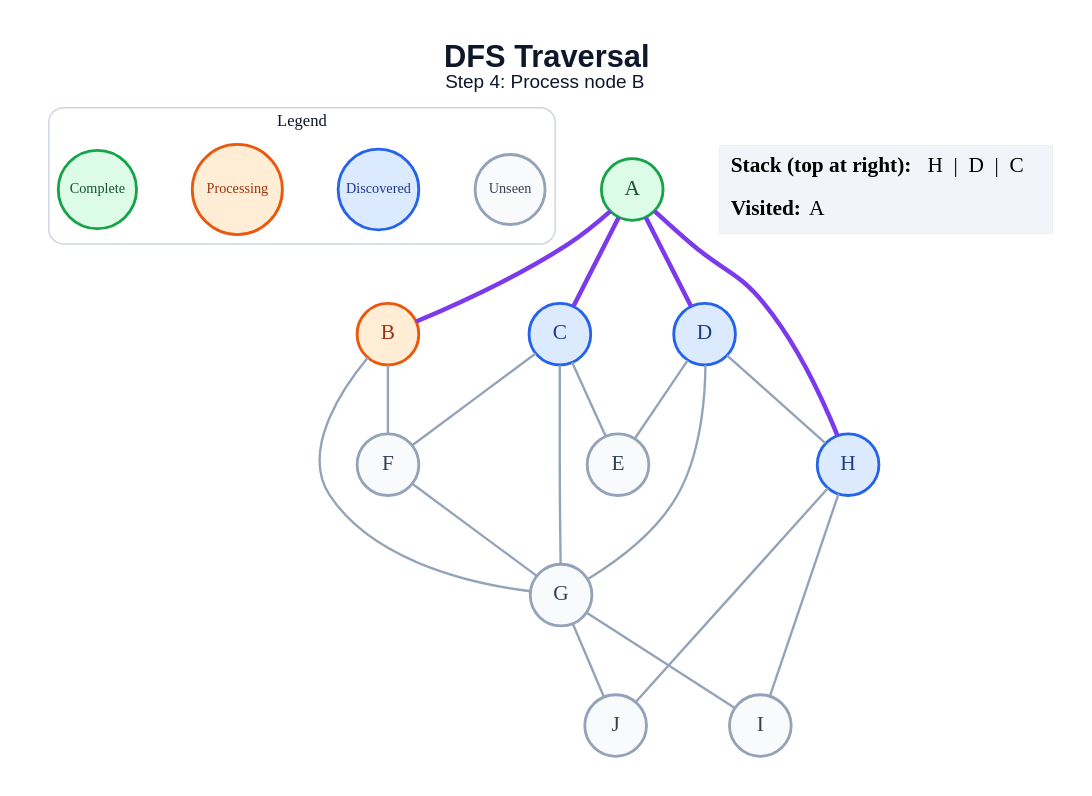
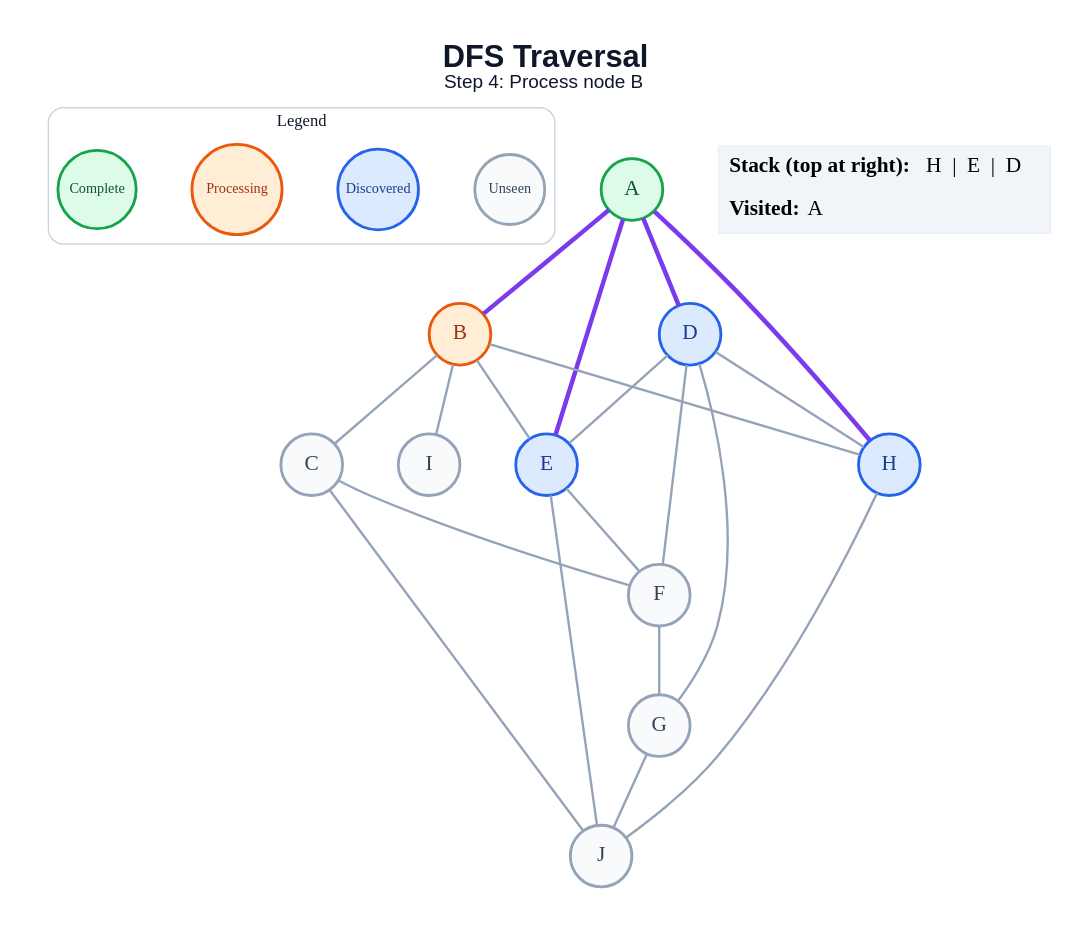
The diagram in generated/dfs/step_04.dot (amanghodawala9/ai-slop), drawn with Graphviz before and after one commit. The commit also changed 178 other files, not shown here.

```diff
--- a/generated/dfs/step_04.dot
+++ b/generated/dfs/step_04.dot
@@ -1,46 +1,48 @@
 graph traversal {
   graph [layout=dot, rankdir=TB, bgcolor="#FFFFFF", pad="0.35", nodesep="0.65", ranksep="0.8", fontname="Arial"];
   node [shape=circle, style="filled", fontname="Arial Bold", fontsize=18, width=0.72, fixedsize=true, penwidth=2.4];
   edge [color="#94A3B8", penwidth=2.0];
   label=<<B>DFS Traversal</B><BR/><FONT POINT-SIZE="16">Step 4: Process node B</FONT>>; labelloc="t"; fontsize=26; fontname="Arial"; fontcolor="#0F172A";
   subgraph cluster_legend { label="Legend"; color="#CBD5E1"; penwidth=1.2; style="rounded"; fontsize=14; fontname="Arial Bold";
     key_unseen [label="Unseen", fillcolor="#F8FAFC", color="#94A3B8", fontcolor="#334155", fontsize=12, width=0.82];
     key_frontier [label="Discovered", fillcolor="#DBEAFE", color="#2563EB", fontcolor="#1E3A8A", fontsize=12, width=0.95];
     key_current [label="Processing", fillcolor="#FFEDD5", color="#EA580C", fontcolor="#9A3412", fontsize=12, width=1.05];
     key_done [label="Complete", fillcolor="#DCFCE7", color="#16A34A", fontcolor="#14532D", fontsize=12, width=0.92];
     { rank=same; key_unseen; key_frontier; key_current; key_done; }
   }
   A [fillcolor="#DCFCE7", color="#16A34A", fontcolor="#14532D"];
   B [fillcolor="#FFEDD5", color="#EA580C", fontcolor="#9A3412"];
-  C [fillcolor="#DBEAFE", color="#2563EB", fontcolor="#1E3A8A"];
+  C [fillcolor="#F8FAFC", color="#94A3B8", fontcolor="#334155"];
   D [fillcolor="#DBEAFE", color="#2563EB", fontcolor="#1E3A8A"];
-  E [fillcolor="#F8FAFC", color="#94A3B8", fontcolor="#334155"];
+  E [fillcolor="#DBEAFE", color="#2563EB", fontcolor="#1E3A8A"];
   F [fillcolor="#F8FAFC", color="#94A3B8", fontcolor="#334155"];
   G [fillcolor="#F8FAFC", color="#94A3B8", fontcolor="#334155"];
   H [fillcolor="#DBEAFE", color="#2563EB", fontcolor="#1E3A8A"];
   I [fillcolor="#F8FAFC", color="#94A3B8", fontcolor="#334155"];
   J [fillcolor="#F8FAFC", color="#94A3B8", fontcolor="#334155"];
   A -- B [color="#7C3AED", penwidth=3.8];
-  A -- C [color="#7C3AED", penwidth=3.8];
   A -- D [color="#7C3AED", penwidth=3.8];
+  A -- E [color="#7C3AED", penwidth=3.8];
   A -- H [color="#7C3AED", penwidth=3.8];
-  B -- F;
-  B -- G;
-  C -- E;
+  B -- C;
+  B -- E;
+  B -- H;
+  B -- I;
   C -- F;
-  C -- G;
+  C -- J;
   D -- E;
+  D -- F;
   D -- G;
   D -- H;
+  E -- F;
+  E -- J;
   F -- G;
-  G -- I;
   G -- J;
-  H -- I;
   H -- J;
   status [shape=plain, fixedsize=false, width=0, height=0, margin=0, label=<
     <TABLE BORDER="0" CELLBORDER="0" CELLPADDING="7" BGCOLOR="#F1F5F9">
-      <TR><TD ALIGN="LEFT"><B>Stack (top at right):</B> H  |  D  |  C</TD></TR>
+      <TR><TD ALIGN="LEFT"><B>Stack (top at right):</B> H  |  E  |  D</TD></TR>
       <TR><TD ALIGN="LEFT"><B>Visited:</B> A</TD></TR>
     </TABLE>
   >];
 }
```
